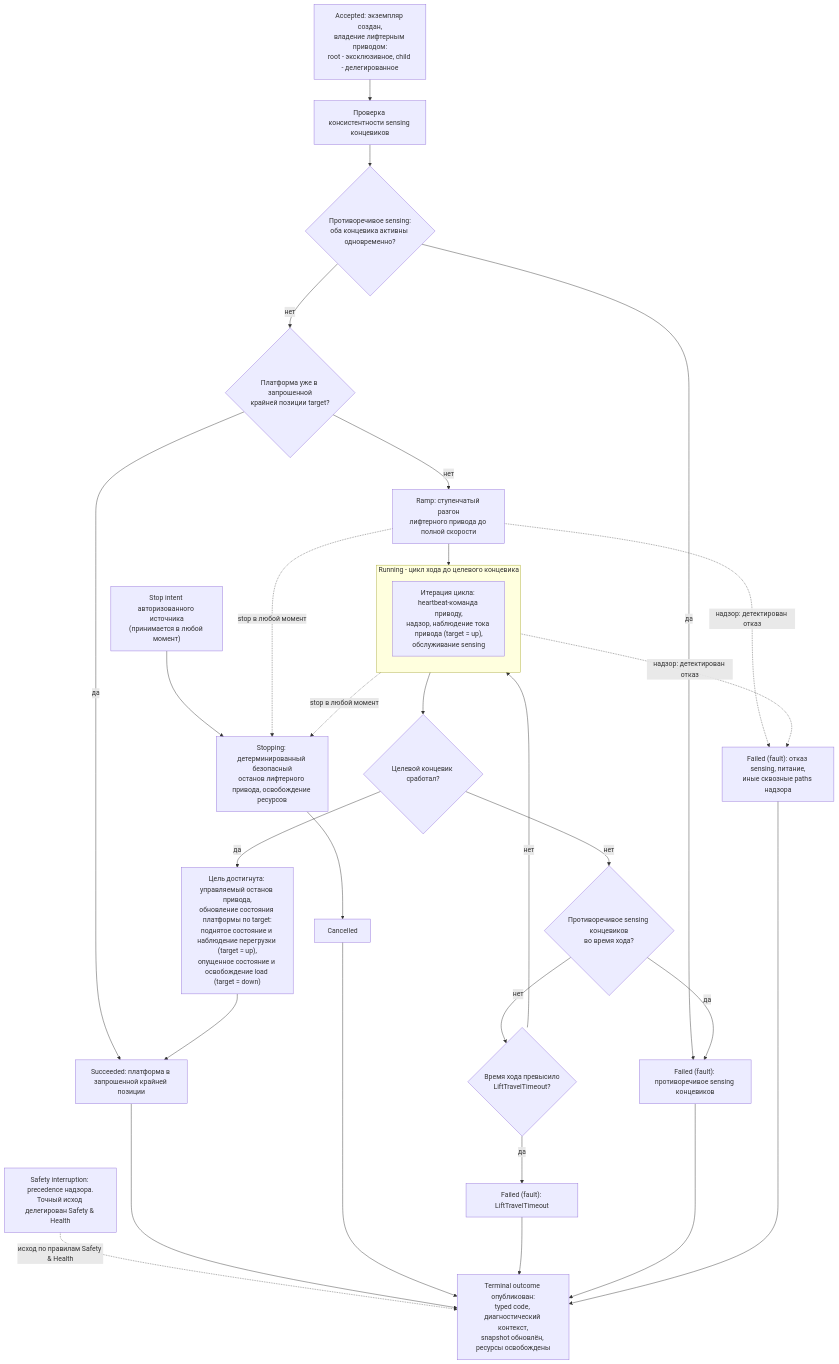
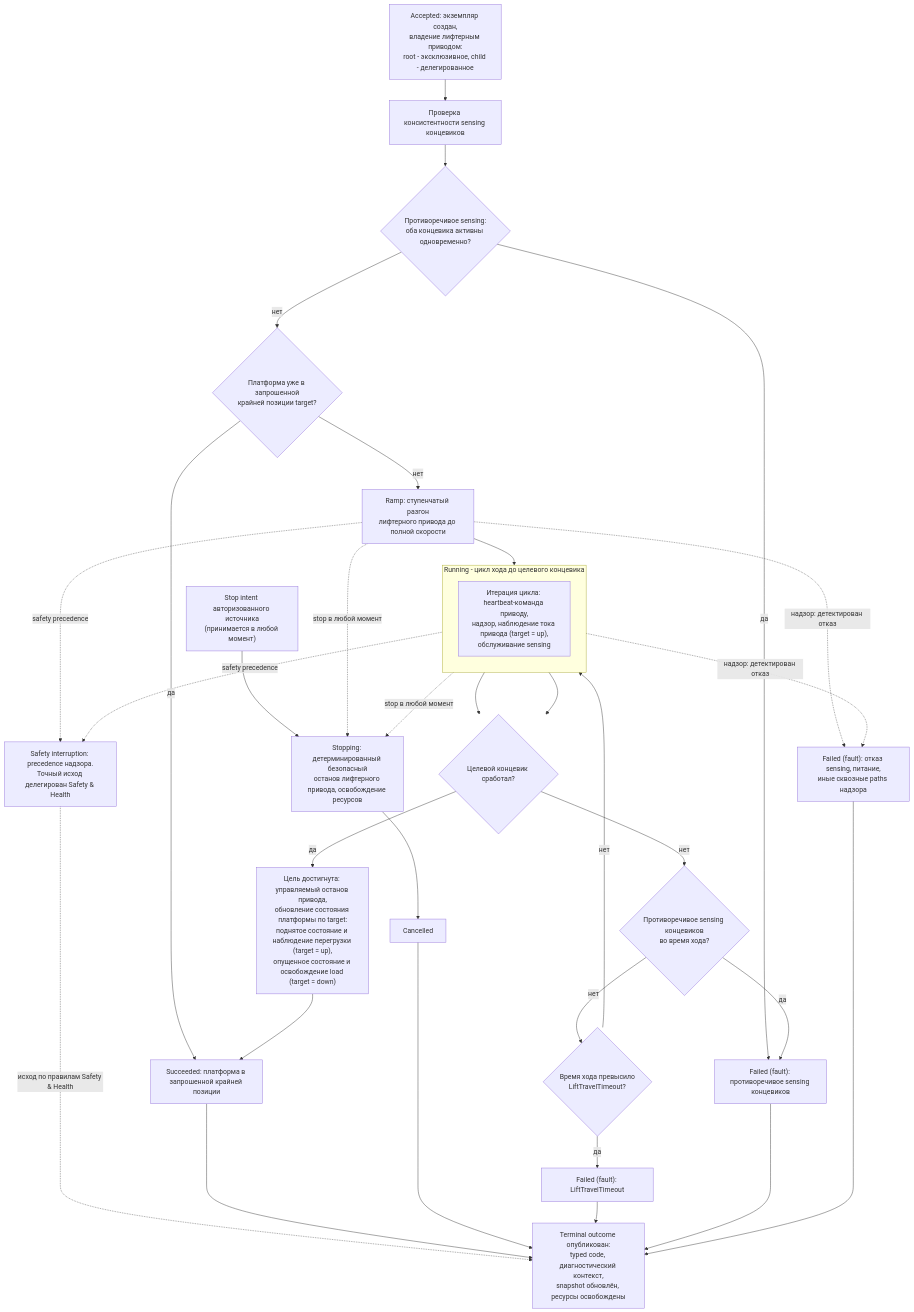
The diagram in diagrams/src/lift-to-flow.mmd (Driadix/ShuttleControllerV3), drawn with Mermaid before and after one commit. The commit also changed 1 other file, not shown here.

```diff
--- a/diagrams/src/lift-to-flow.mmd
+++ b/diagrams/src/lift-to-flow.mmd
@@ -1,54 +1,57 @@
 flowchart TD
     ACC["Accepted: экземпляр создан,<br/>владение лифтерным приводом:<br/>root - эксклюзивное, child - делегированное"]
 
     S1["Проверка консистентности sensing концевиков"]
     Q1{"Противоречивое sensing:<br/>оба концевика активны одновременно?"}
     Q2{"Платформа уже в запрошенной<br/>крайней позиции target?"}
 
     RAMP["Ramp: ступенчатый разгон<br/>лифтерного привода до полной скорости"]
 
     subgraph LOOP["Running - цикл хода до целевого концевика"]
         direction TB
         TICK["Итерация цикла: heartbeat-команда приводу,<br/>надзор, наблюдение тока привода (target = up),<br/>обслуживание sensing"]
     end
 
     Q3{"Целевой концевик сработал?"}
     Q4{"Противоречивое sensing концевиков<br/>во время хода?"}
     Q5{"Время хода превысило<br/>LiftTravelTimeout?"}
 
     STOP["Stop intent авторизованного источника<br/>(принимается в любой момент)"]
     STP["Stopping: детерминированный безопасный<br/>останов лифтерного привода, освобождение ресурсов"]
     SAF["Safety interruption: precedence надзора.<br/>Точный исход делегирован Safety & Health"]
 
     FIN["Цель достигнута: управляемый останов привода,<br/>обновление состояния платформы по target:<br/>поднятое состояние и наблюдение перегрузки (target = up),<br/>опущенное состояние и освобождение load (target = down)"]
 
     OK["Succeeded: платформа в запрошенной крайней позиции"]
     CXL["Cancelled"]
     F_TO["Failed (fault): LiftTravelTimeout"]
     F_INV["Failed (fault): противоречивое sensing концевиков"]
     F_SF["Failed (fault): отказ sensing, питание,<br/>иные сквозные paths надзора"]
     PUB["Terminal outcome опубликован:<br/>typed code, диагностический контекст,<br/>snapshot обновлён, ресурсы освобождены"]
 
     ACC --> S1 --> Q1
     Q1 -->|да| F_INV
     Q1 -->|нет| Q2
     Q2 -->|да| OK
     Q2 -->|нет| RAMP --> LOOP
     LOOP --> Q3
     Q3 -->|да| FIN --> OK
     Q3 -->|нет| Q4
     Q4 -->|да| F_INV
     Q4 -->|нет| Q5
     Q5 -->|да| F_TO
     Q5 -->|нет| TICK
     STOP --> STP --> CXL
     RAMP -.->|stop в любой момент| STP
     LOOP -.->|stop в любой момент| STP
     RAMP -.->|надзор: детектирован отказ| F_SF
     LOOP -.->|надзор: детектирован отказ| F_SF
+    TICK --> Q3
+    RAMP -.->|safety precedence| SAF
+    LOOP -.->|safety precedence| SAF
     SAF -.->|исход по правилам Safety & Health| PUB
     OK --> PUB
     CXL --> PUB
     F_TO --> PUB
     F_INV --> PUB
     F_SF --> PUB
```
